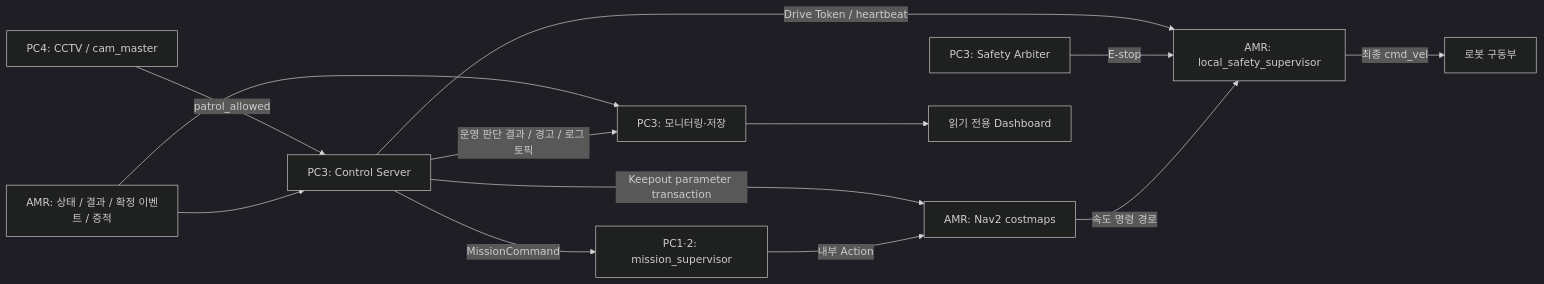
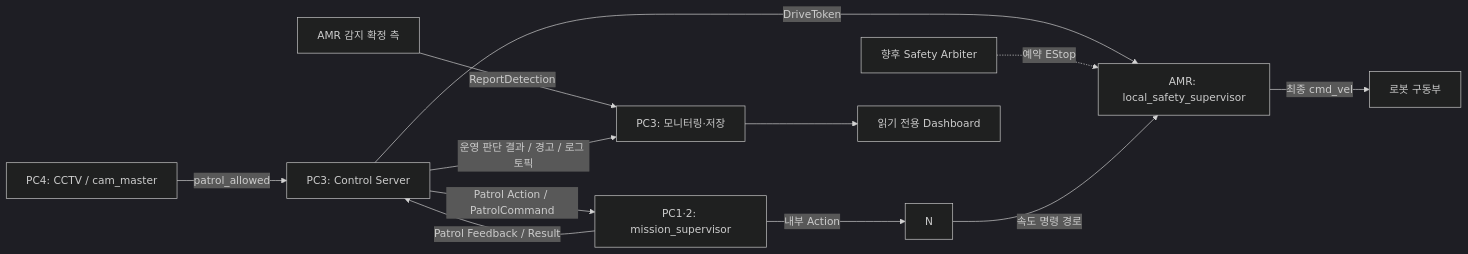
The diagram in docs/architecture.md (suuuhululu/patrol), drawn with Mermaid (dark theme) before and after one commit. The commit also changed other lines of this file and 16 other files, not shown here.

```diff
--- a/docs/architecture.md
+++ b/docs/architecture.md
@@ -34,15 +33,14 @@
 ~~~mermaid
 flowchart LR
     V[PC4: CCTV / cam_master] -->|patrol_allowed| C[PC3: Control Server]
-    C -->|MissionCommand| M[PC1·2: mission_supervisor]
-    C -->|Drive Token / heartbeat| S[AMR: local_safety_supervisor]
-    E[PC3: Safety Arbiter] -->|E-stop| S
-    C -->|Keepout parameter transaction| N[AMR: Nav2 costmaps]
+    C -->|Patrol Action / PatrolCommand| M[PC1·2: mission_supervisor]
+    C -->|DriveToken| S[AMR: local_safety_supervisor]
+    E[향후 Safety Arbiter] -.->|예약 EStop| S
     M -->|내부 Action| N
     N -->|속도 명령 경로| S
     S -->|최종 cmd_vel| B[로봇 구동부]
-    A[AMR: 상태 / 결과 / 확정 이벤트 / 증적] --> O[PC3: 모니터링·저장]
-    A --> C
+    M -->|Patrol Feedback / Result| C
+    A[AMR 감지 확정 측] -->|ReportDetection| O[PC3: 모니터링·저장]
     C -->|운영 판단 결과 / 경고 / 로그 토픽| O
     O --> D[읽기 전용 Dashboard]
 ~~~
```
